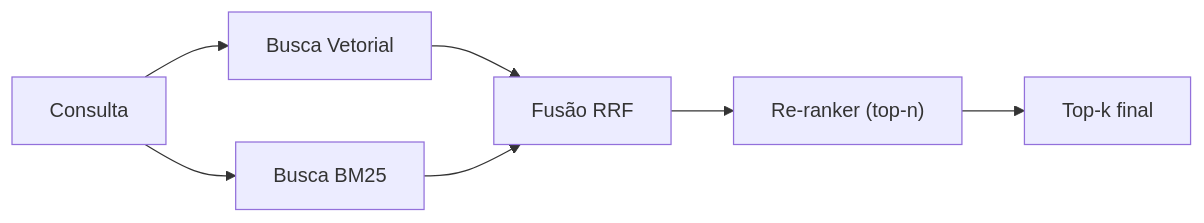
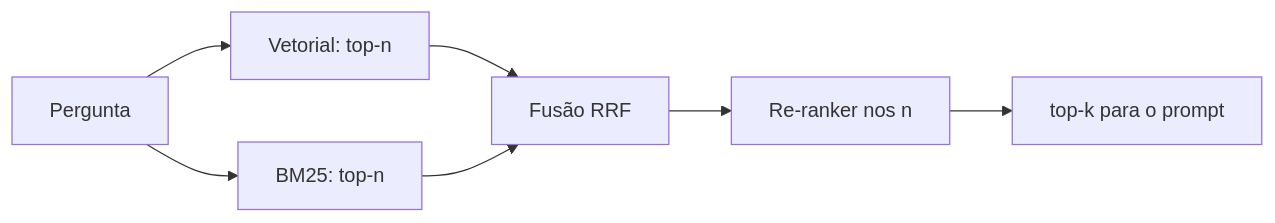
Before and after one commit to Lip3Bazinga/v0-level-usp-project: the diagram in content/cursos/n7-engenharia-de-ia/04-rag/03-re-ranking-e-busca-hibrida.lvl.md, drawn with Mermaid. The commit also changed other lines of this file and 3 other files, not shown here.

````diff
--- a/content/cursos/n7-engenharia-de-ia/04-rag/03-re-ranking-e-busca-hibrida.lvl.md
+++ b/content/cursos/n7-engenharia-de-ia/04-rag/03-re-ranking-e-busca-hibrida.lvl.md
@@ -25,9 +572,9 @@
 ```mermaid
 flowchart LR
-    Q["Consulta"] --> V["Busca Vetorial"]
-    Q --> L["Busca BM25"]
-    V --> RRF["Fusão RRF"]
-    L --> RRF
-    RRF --> RR["Re-ranker (top-n)"]
-    RR --> K["Top-k final"]
+    Q["Pergunta"] --> V["Vetorial: top-n"]
+    Q --> L["BM25: top-n"]
+    V --> F["Fusão RRF"]
+    L --> F
+    F --> R["Re-ranker nos n"]
+    R --> K["top-k para o prompt"]
 ```
````
